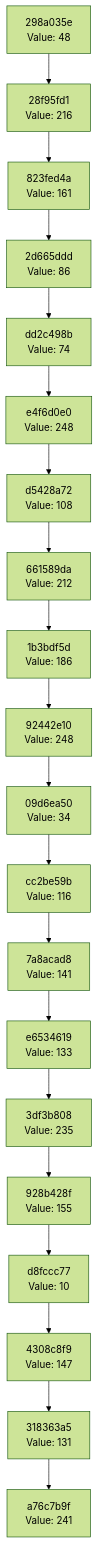
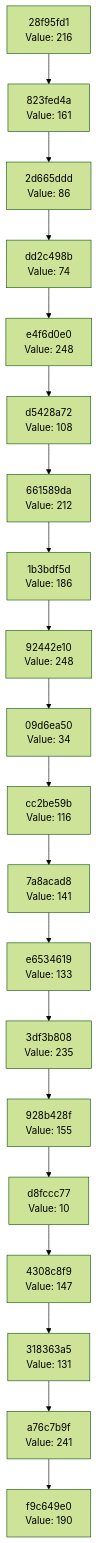
The diagram in docs/CHAIN_VISUALIZATION.md (Abhisheksinha1506/hash-chain-evolver), drawn with Mermaid (forest theme) before and after one commit. The commit also changed 3 other files, not shown here.

````diff
--- a/docs/CHAIN_VISUALIZATION.md
+++ b/docs/CHAIN_VISUALIZATION.md
@@ -3,42 +3,42 @@
 ```mermaid
 graph TD
-    C0["a76c7b9f<br/>Value: 241"]
-    C1["318363a5<br/>Value: 131"]
+    C0["f9c649e0<br/>Value: 190"]
+    C1["a76c7b9f<br/>Value: 241"]
     C1 --> C0
-    C2["4308c8f9<br/>Value: 147"]
+    C2["318363a5<br/>Value: 131"]
     C2 --> C1
-    C3["d8fccc77<br/>Value: 10"]
+    C3["4308c8f9<br/>Value: 147"]
     C3 --> C2
-    C4["928b428f<br/>Value: 155"]
+    C4["d8fccc77<br/>Value: 10"]
     C4 --> C3
-    C5["3df3b808<br/>Value: 235"]
+    C5["928b428f<br/>Value: 155"]
     C5 --> C4
-    C6["e6534619<br/>Value: 133"]
+    C6["3df3b808<br/>Value: 235"]
     C6 --> C5
-    C7["7a8acad8<br/>Value: 141"]
+    C7["e6534619<br/>Value: 133"]
     C7 --> C6
-    C8["cc2be59b<br/>Value: 116"]
+    C8["7a8acad8<br/>Value: 141"]
     C8 --> C7
-    C9["09d6ea50<br/>Value: 34"]
+    C9["cc2be59b<br/>Value: 116"]
     C9 --> C8
-    C10["92442e10<br/>Value: 248"]
+    C10["09d6ea50<br/>Value: 34"]
     C10 --> C9
-    C11["1b3bdf5d<br/>Value: 186"]
+    C11["92442e10<br/>Value: 248"]
     C11 --> C10
-    C12["661589da<br/>Value: 212"]
+    C12["1b3bdf5d<br/>Value: 186"]
     C12 --> C11
-    C13["d5428a72<br/>Value: 108"]
+    C13["661589da<br/>Value: 212"]
     C13 --> C12
-    C14["e4f6d0e0<br/>Value: 248"]
+    C14["d5428a72<br/>Value: 108"]
     C14 --> C13
-    C15["dd2c498b<br/>Value: 74"]
+    C15["e4f6d0e0<br/>Value: 248"]
     C15 --> C14
-    C16["2d665ddd<br/>Value: 86"]
+    C16["dd2c498b<br/>Value: 74"]
     C16 --> C15
-    C17["823fed4a<br/>Value: 161"]
+    C17["2d665ddd<br/>Value: 86"]
     C17 --> C16
-    C18["28f95fd1<br/>Value: 216"]
+    C18["823fed4a<br/>Value: 161"]
     C18 --> C17
-    C19["298a035e<br/>Value: 48"]
+    C19["28f95fd1<br/>Value: 216"]
     C19 --> C18
 ```
````
